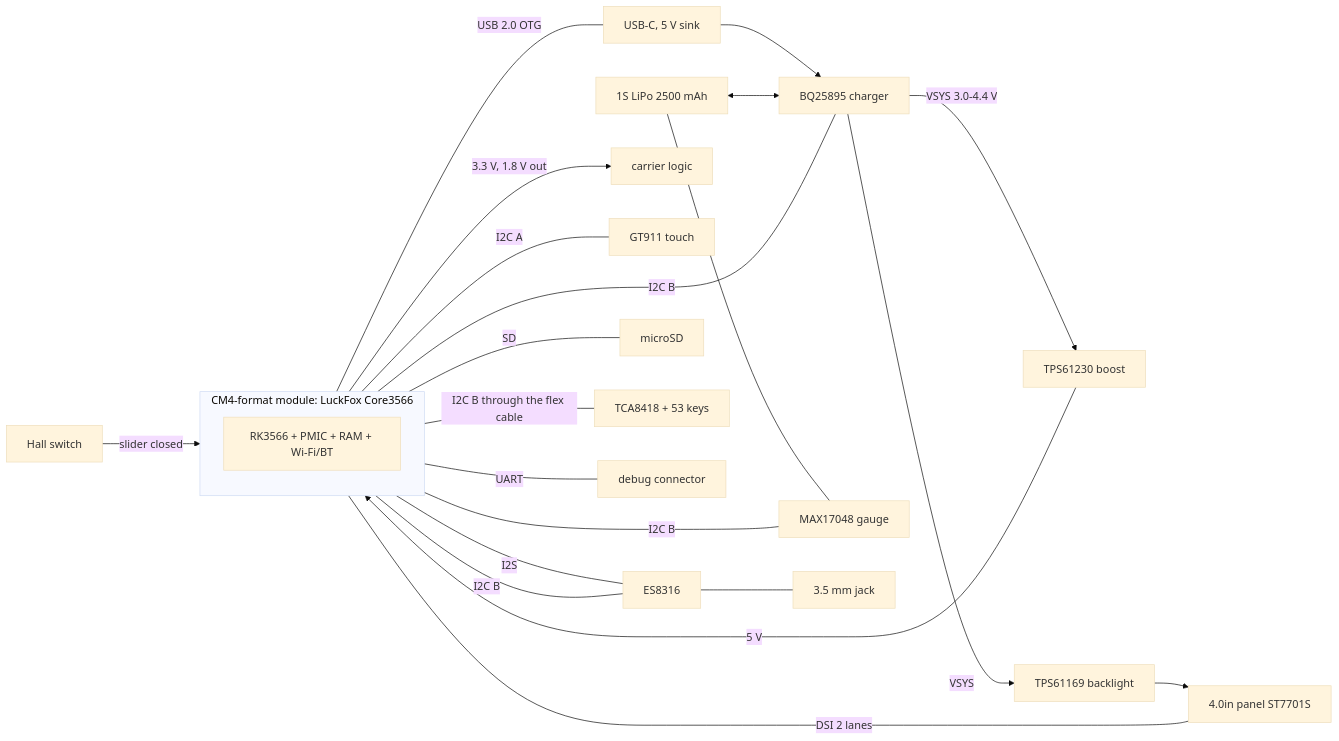
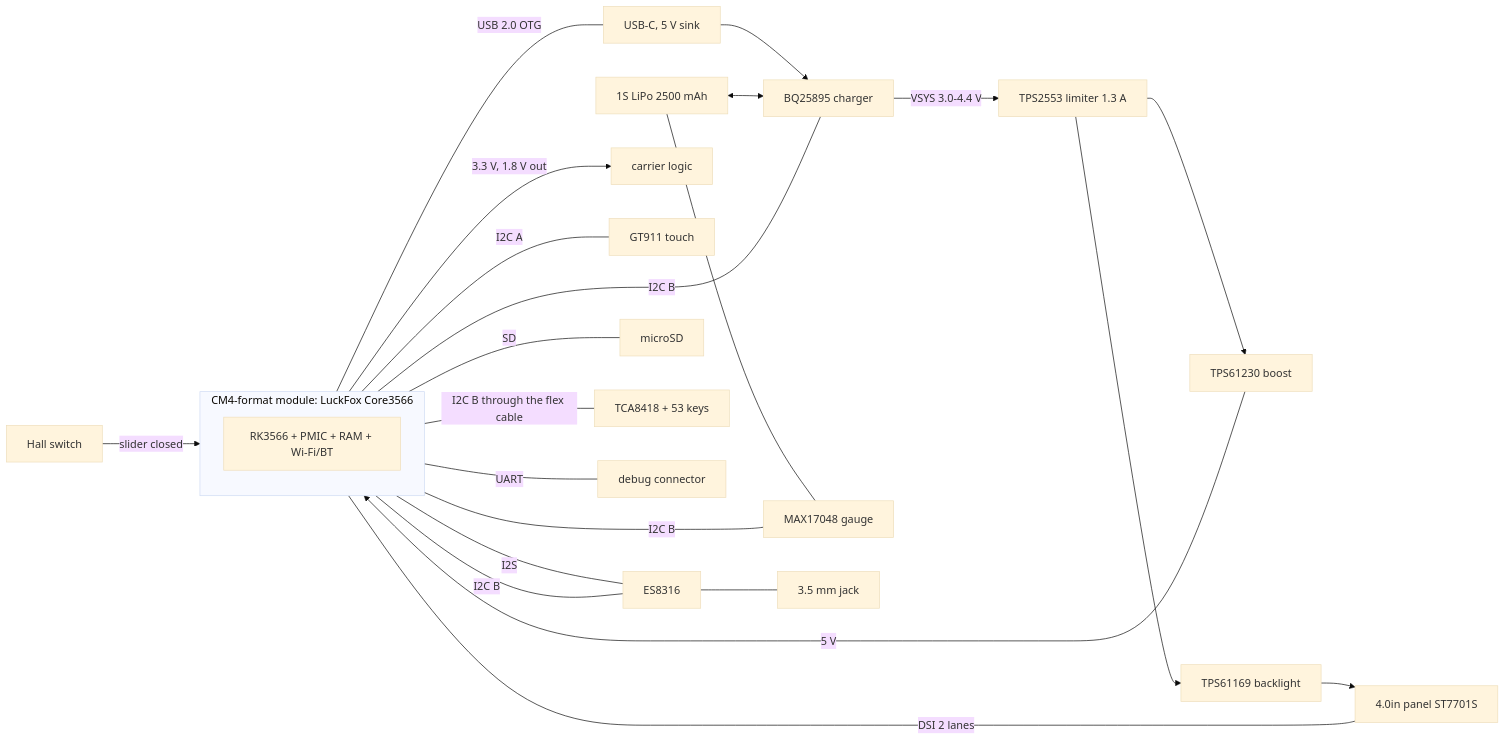
Before and after one commit to ruapotato/hackerslide: the diagram in docs/architecture.md, drawn with Mermaid (base theme). The commit also changed 27 other files, not shown here.

First line of the commit message:
Carrier: hardware limit on battery discharge (TPS2553, 1.3 A) feeding boost and backlight

````diff
--- a/docs/architecture.md
+++ b/docs/architecture.md
@@ -3,22 +3,23 @@
 ```mermaid
 flowchart LR
   USBC[USB-C, 5 V sink] --> CHG[BQ25895 charger]
   BAT[1S LiPo 2500 mAh] <--> CHG
   BAT --- GAUGE[MAX17048 gauge]
-  CHG -->|VSYS 3.0-4.4 V| BOOST[TPS61230 boost] -->|5 V| MOD
-  CHG -->|VSYS| BL[TPS61169 backlight]
+  CHG -->|VSYS 3.0-4.4 V| LIM[TPS2553 limiter 1.3 A]
+  LIM --> BOOST[TPS61230 boost] -->|5 V| MOD
+  LIM --> BL[TPS61169 backlight]
   subgraph MOD[CM4-format module: LuckFox Core3566]
     SOC[RK3566 + PMIC + RAM + Wi-Fi/BT]
   end
   MOD -->|3.3 V, 1.8 V out| RAILS[carrier logic]
   MOD ---|DSI 2 lanes| PANEL[4.0in panel ST7701S]
   MOD ---|I2C A| TOUCH[GT911 touch]
   BL --> PANEL
   MOD ---|I2S| CODEC[ES8316] --- JACK[3.5 mm jack]
   MOD ---|SD| SDC[microSD]
   MOD ---|USB 2.0 OTG| USBC
   MOD ---|I2C B| CHG & GAUGE & CODEC
   MOD ---|I2C B through the flex cable| KBD[TCA8418 + 53 keys]
   HALL[Hall switch] -->|slider closed| MOD
   MOD ---|UART| DBG[debug connector]
 ```
````
